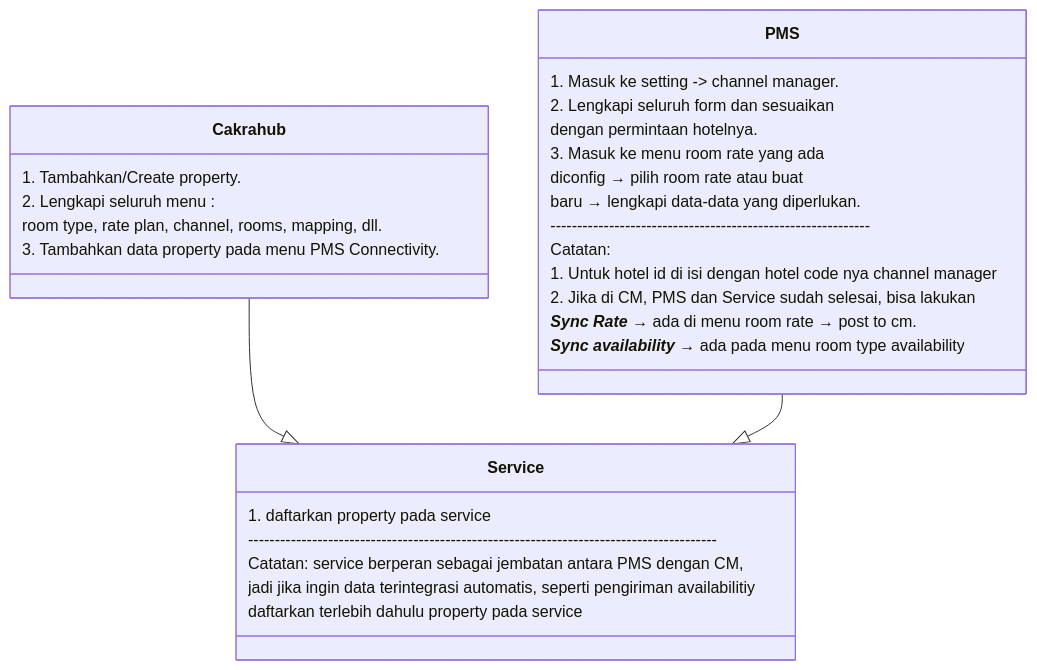
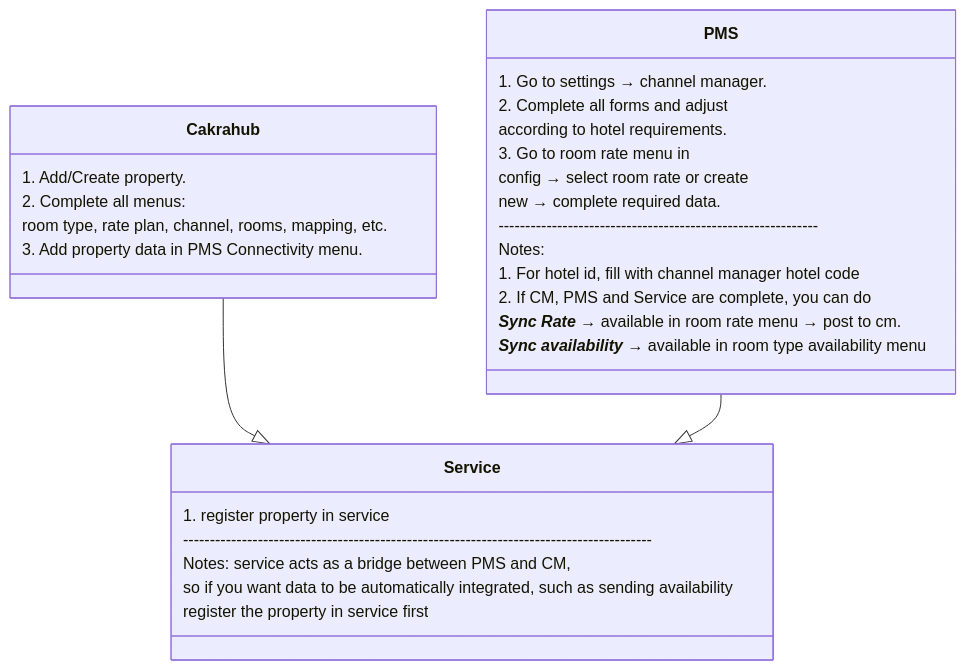
One commit to cakramediadata2022/cflow changed the third of 3 diagrams in docs/channel-manager/integration-flow/channel-manager-pms-integration.md. Above: the diagram before and after it, drawn with Mermaid. The commit also changed other lines of this file and 15 other files, not shown here.

First line of the commit message:
Translate channel manager docs to English

````diff
--- a/docs/channel-manager/integration-flow/channel-manager-pms-integration.md
+++ b/docs/channel-manager/integration-flow/channel-manager-pms-integration.md
@@ -84,36 +82,35 @@
 ```mermaid
 classDiagram
 
     class Cakrahub{
-        1. Tambahkan/Create property.
-        2. Lengkapi seluruh menu : 
-           room type, rate plan, channel, rooms, mapping, dll.
-        3. Tambahkan data property pada menu PMS Connectivity.
+        1. Add/Create property.
+        2. Complete all menus:
+           room type, rate plan, channel, rooms, mapping, etc.
+        3. Add property data in PMS Connectivity menu.
     }
 
     class PMS{
-        1. Masuk ke setting -> channel manager.
-        2. Lengkapi seluruh form dan sesuaikan 
-           dengan permintaan hotelnya.
-        3. Masuk ke menu room rate yang ada 
-        diconfig → pilih room rate atau buat 
-        baru → lengkapi data-data yang diperlukan.
+        1. Go to settings → channel manager.
+        2. Complete all forms and adjust
+           according to hotel requirements.
+        3. Go to room rate menu in
+        config → select room rate or create
+        new → complete required data.
         ------------------------------------------------------------
-        Catatan:
-        1. Untuk hotel id di isi dengan hotel code nya channel manager
-        2. Jika di CM, PMS dan Service sudah selesai, bisa lakukan 
-        _**Sync Rate**_ → ada di menu room rate → post to cm.
-         **_Sync availability_** → ada pada menu room type availability
+        Notes:
+        1. For hotel id, fill with channel manager hotel code
+        2. If CM, PMS and Service are complete, you can do
+        _**Sync Rate**_ → available in room rate menu → post to cm.
+         **_Sync availability_** → available in room type availability menu
     }
     class Service{
-        1. daftarkan property pada service
+        1. register property in service
 ----------------------------------------------------------------------------------------
-        Catatan: service berperan sebagai jembatan antara PMS dengan CM, 
-        jadi jika ingin data terintegrasi automatis, seperti pengiriman availabilitiy
-        daftarkan terlebih dahulu property pada service
+        Notes: service acts as a bridge between PMS and CM,
+        so if you want data to be automatically integrated, such as sending availability
+        register the property in service first
     }
-
 
     Cakrahub --|> Service
     PMS --|> Service
 ```
````
